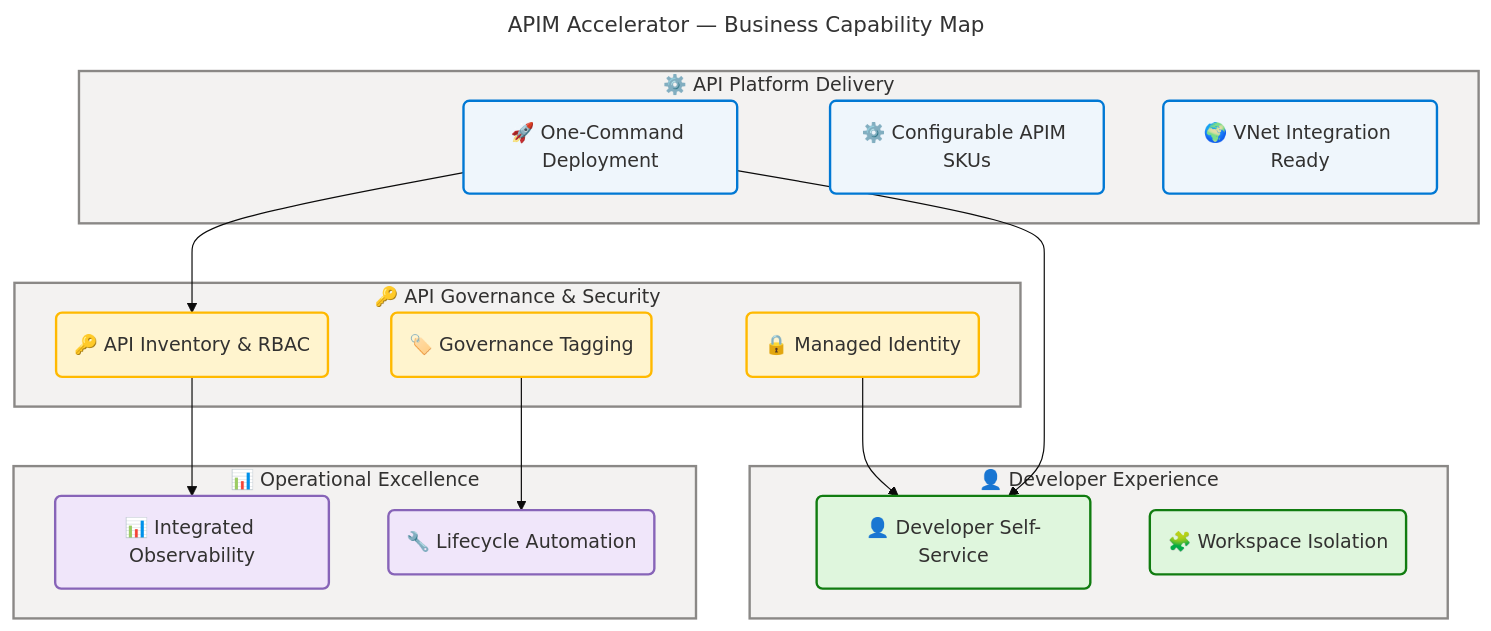
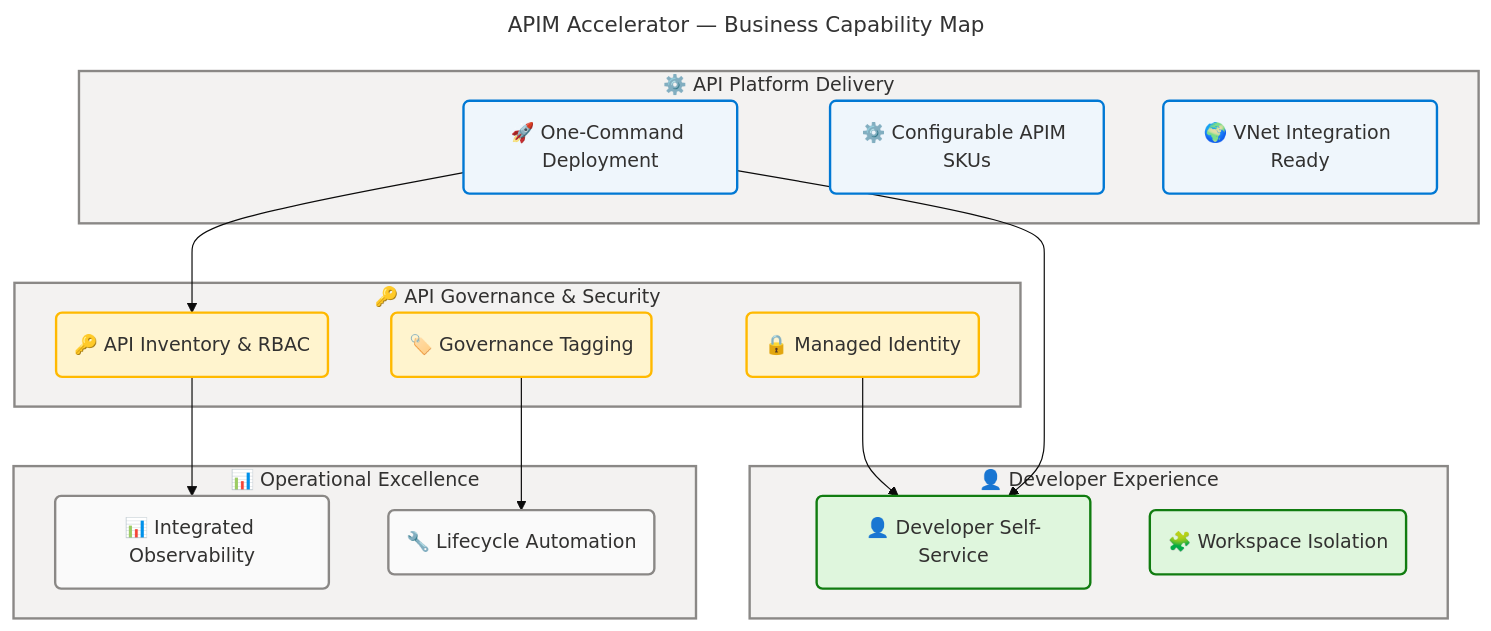
Before and after one commit to Evilazaro/APIM-Accelerator: the first of 6 diagrams in docs/architecture/business-architecture.md, drawn with Mermaid. The commit also changed other lines of this file and 3 other files, not shown here.

````diff
--- a/docs/architecture/business-architecture.md
+++ b/docs/architecture/business-architecture.md
@@ -277,65 +277,65 @@
 ```mermaid
 ---
 title: "APIM Accelerator — Business Capability Map"
 config:
   theme: base
   look: classic
   layout: dagre
   themeVariables:
     fontSize: '16px'
   flowchart:
     htmlLabels: true
 ---
 flowchart TB
     accTitle: APIM Accelerator Business Capability Map
     accDescr: Four business capability domains with ten grouped capabilities — API Platform Delivery, Developer Experience, API Governance and Security, and Operational Excellence — sourced from README.md features table and src Bicep modules
 
     %% ═══════════════════════════════════════════════════════════════════════════
     %% AZURE / FLUENT ARCHITECTURE PATTERN v1.1
     %% (Semantic + Structural + Font + Accessibility Governance)
     %% ═══════════════════════════════════════════════════════════════════════════
     %% PHASE 1 - FLUENT UI: All styling uses approved Fluent UI palette only
     %% PHASE 2 - GROUPS: Every subgraph has semantic color via style directive
     %% PHASE 3 - COMPONENTS: Every node has semantic classDef + icon prefix
     %% PHASE 4 - ACCESSIBILITY: accTitle/accDescr present, WCAG AA contrast
     %% PHASE 5 - STANDARD: Governance block present, classDefs centralized
     %% ═══════════════════════════════════════════════════════════════════════════
 
     subgraph platformDelivery["⚙️ API Platform Delivery"]
         cap1("🚀 One-Command Deployment"):::core
         cap2("⚙️ Configurable APIM SKUs"):::core
         cap3("🌍 VNet Integration Ready"):::core
     end
 
     subgraph devExp["👤 Developer Experience"]
         cap4("👤 Developer Self-Service"):::success
         cap5("🧩 Workspace Isolation"):::success
     end
 
     subgraph apiGov["🔑 API Governance & Security"]
         cap6("🔑 API Inventory & RBAC"):::warning
         cap7("🏷️ Governance Tagging"):::warning
         cap8("🔒 Managed Identity"):::warning
     end
 
     subgraph operations["📊 Operational Excellence"]
-        cap9("📊 Integrated Observability"):::data
-        cap10("🔧 Lifecycle Automation"):::data
+        cap9("📊 Integrated Observability"):::neutral
+        cap10("🔧 Lifecycle Automation"):::neutral
     end
 
     cap1 --> cap4
     cap1 --> cap6
     cap6 --> cap9
     cap8 --> cap4
     cap7 --> cap10
 
     style platformDelivery fill:#F3F2F1,stroke:#8A8886,stroke-width:2px,color:#323130
     style devExp fill:#F3F2F1,stroke:#8A8886,stroke-width:2px,color:#323130
     style apiGov fill:#F3F2F1,stroke:#8A8886,stroke-width:2px,color:#323130
     style operations fill:#F3F2F1,stroke:#8A8886,stroke-width:2px,color:#323130
 
     classDef core fill:#EFF6FC,stroke:#0078D4,stroke-width:2px,color:#323130
     classDef success fill:#DFF6DD,stroke:#107C10,stroke-width:2px,color:#323130
     classDef warning fill:#FFF4CE,stroke:#FFB900,stroke-width:2px,color:#323130
-    classDef data fill:#F0E6FA,stroke:#8764B8,stroke-width:2px,color:#323130
+    classDef neutral fill:#FAFAFA,stroke:#8A8886,stroke-width:2px,color:#323130
 ```
````
